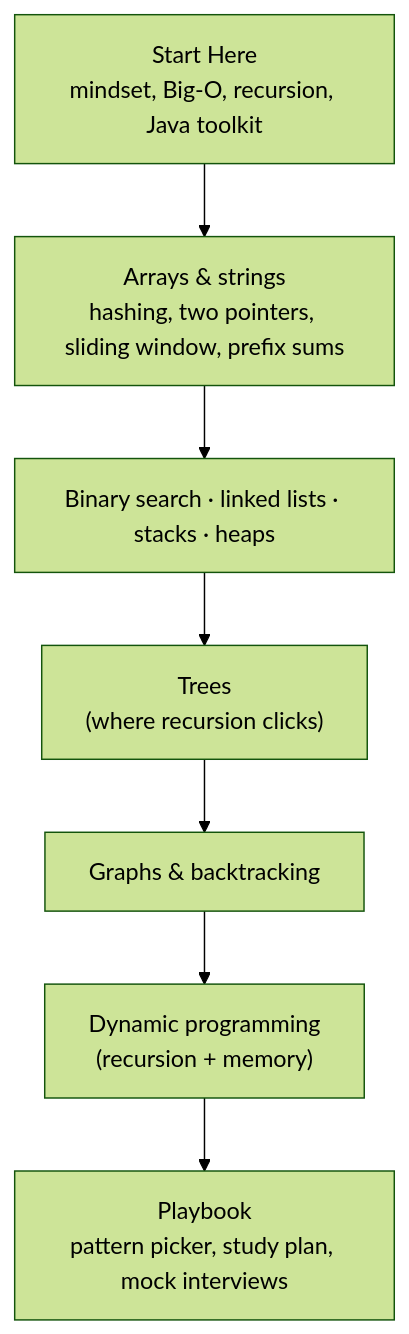
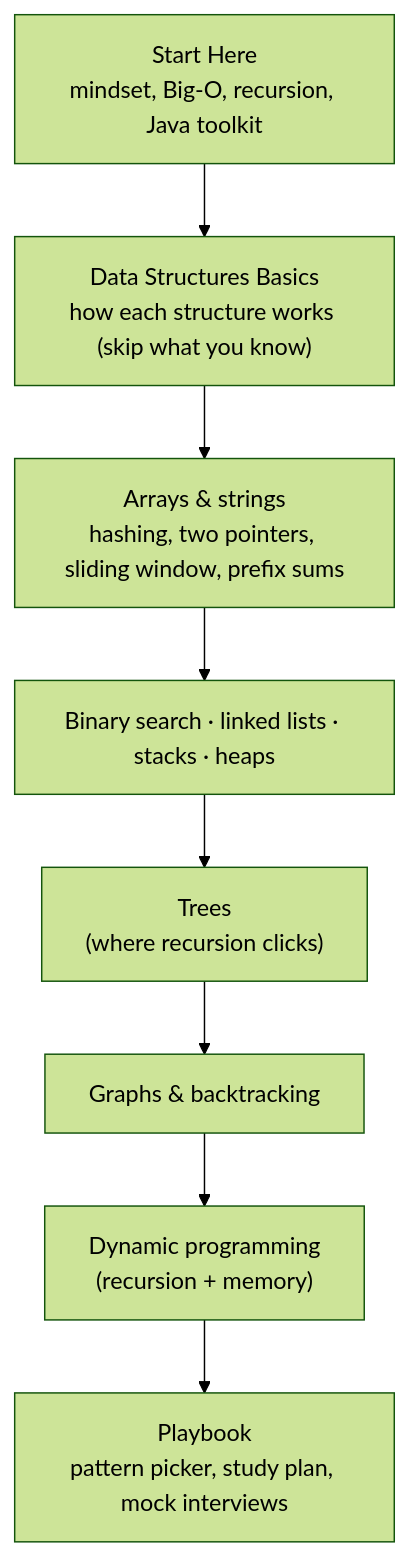
The second of 2 diagrams in src/content/dsa/start-here/dsa-is-not-hard.mdx (pravinshedbale1/bytecodebrew), drawn with Mermaid (forest theme) before and after one commit. The commit also changed other lines of this file and 32 other files, not shown here.

First line of the commit message:
DSA: add Data Structures Basics course with visuals

````diff
--- a/src/content/dsa/start-here/dsa-is-not-hard.mdx
+++ b/src/content/dsa/start-here/dsa-is-not-hard.mdx
@@ -97,9 +104,10 @@
 ```mermaid
 flowchart TD
-  S["Start Here<br/>mindset, Big-O, recursion, Java toolkit"] --> A["Arrays & strings<br/>hashing, two pointers, sliding window, prefix sums"]
+  S["Start Here<br/>mindset, Big-O, recursion, Java toolkit"] --> DS["Data Structures Basics<br/>how each structure works (skip what you know)"]
+  DS --> A["Arrays & strings<br/>hashing, two pointers, sliding window, prefix sums"]
   A --> B["Binary search · linked lists · stacks · heaps"]
   B --> T["Trees<br/>(where recursion clicks)"]
   T --> G["Graphs & backtracking"]
   G --> D["Dynamic programming<br/>(recursion + memory)"]
   D --> P["Playbook<br/>pattern picker, study plan, mock interviews"]
 ```
````
